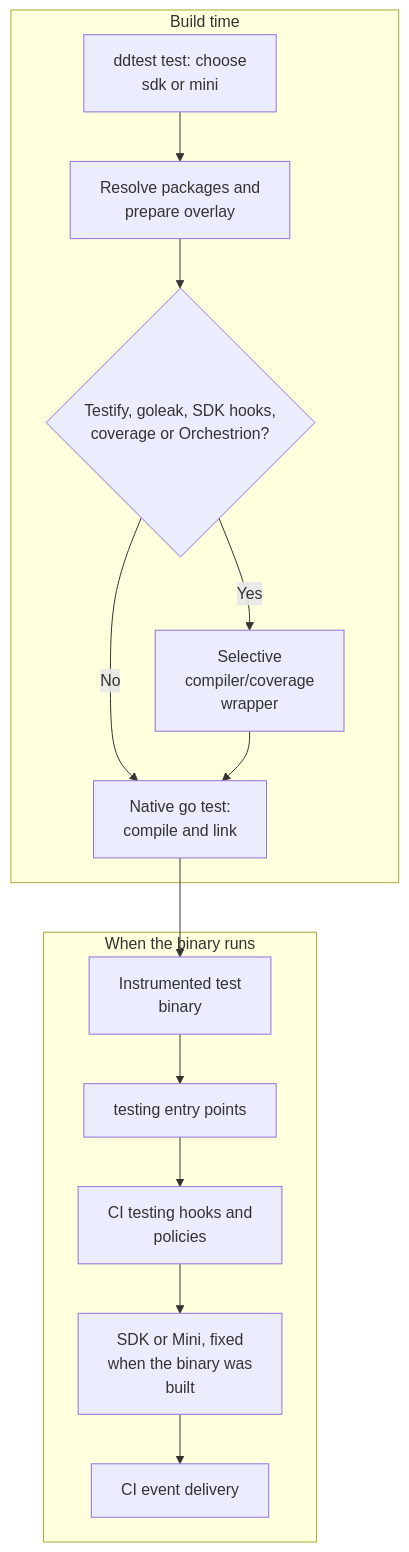
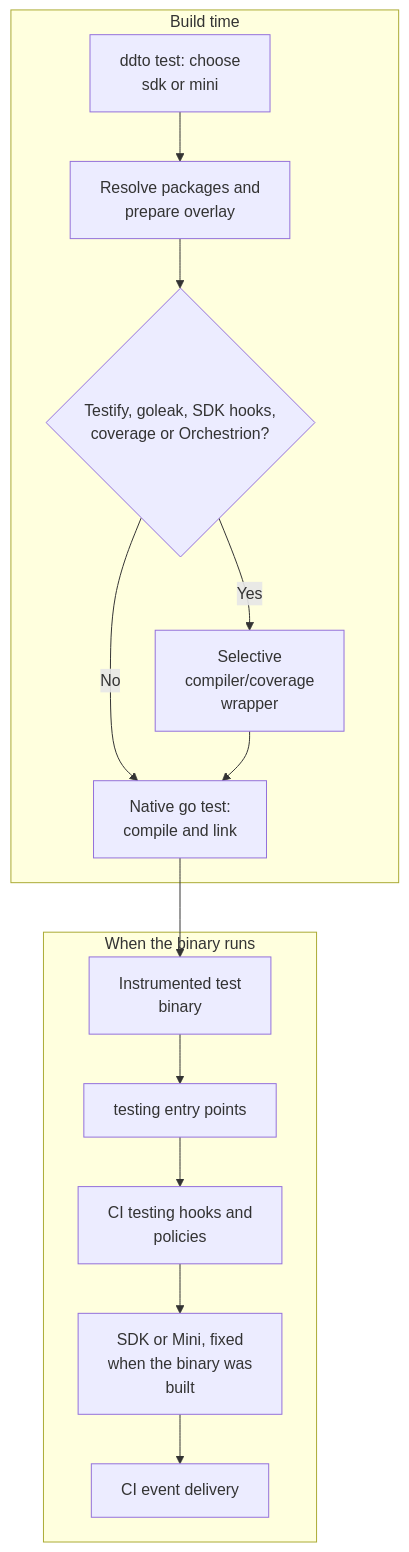
One commit to DataDog/ddtest changed the first of 6 diagrams in ddto/docs/architecture.md. Above: the diagram before and after it, drawn with Mermaid. The commit also changed other lines of this file and 76 other files, not shown here.

First line of the commit message:
Rename the CLI from ddtest to ddto (tonyredondo/dd-ci-testing-poc#23)

````diff
--- a/ddto/docs/architecture.md
+++ b/ddto/docs/architecture.md
@@ -20,17 +20,17 @@
 ```mermaid
 flowchart TB
     subgraph build["Build time"]
-        CLI["ddtest test: choose<br/>sdk or mini"] --> Plan["Resolve packages and<br/>prepare overlay"]
+        CLI["ddto test: choose<br/>sdk or mini"] --> Plan["Resolve packages and<br/>prepare overlay"]
         Plan --> Selection{"Testify, goleak, SDK hooks,<br/>coverage or Orchestrion?"}
         Selection -->|Yes| Tools["Selective<br/>compiler/coverage<br/>wrapper"]
         Selection -->|No| Go["Native go test:<br/>compile and link"]
         Tools --> Go
     end
     Go --> Binary["Instrumented test<br/>binary"]
     subgraph execution["When the binary runs"]
         Binary --> Testing["testing entry points"]
         Testing --> Hooks["CI testing hooks and<br/>policies"]
         Hooks --> Runtime["SDK or Mini, fixed<br/>when the binary was<br/>built"]
         Runtime --> Output["CI event delivery"]
     end
 ```
````
